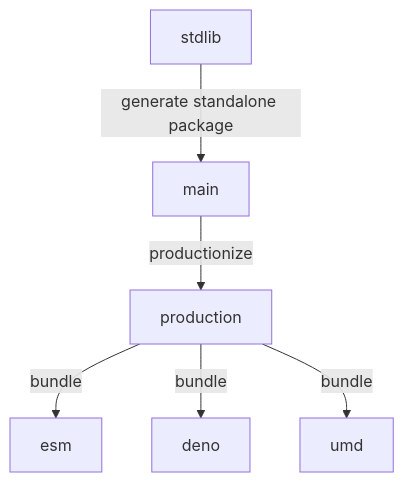
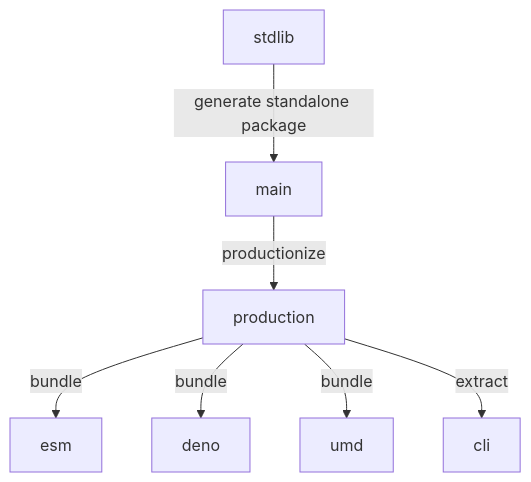
Before and after one commit to stdlib-js/time-seconds-in-month: the diagram in branches.md, drawn with Mermaid. The commit also changed other lines of this file and 8 other files, not shown here.

````diff
--- a/branches.md
+++ b/branches.md
@@ -33,15 +34,17 @@
 ```mermaid
 graph TD;
 A[stdlib]-->|generate standalone package|B;
 B[main] -->|productionize| C[production];
 C -->|bundle| D[esm];
 C -->|bundle| E[deno];
 C -->|bundle| F[umd];
+C -->|extract| G[cli];
 
-click A href "https://github.com/stdlib-js/stdlib/tree/develop/lib/node_modules/%40stdlib/time/seconds-in-month"
-click B href "https://github.com/stdlib-js/time-seconds-in-month/tree/main"
-click C href "https://github.com/stdlib-js/time-seconds-in-month/tree/production"
-click D href "https://github.com/stdlib-js/time-seconds-in-month/tree/esm"
-click E href "https://github.com/stdlib-js/time-seconds-in-month/tree/deno"
-click F href "https://github.com/stdlib-js/time-seconds-in-month/tree/umd"
+%% click A href "https://github.com/stdlib-js/stdlib/tree/develop/lib/node_modules/%40stdlib/time/seconds-in-month"
+%% click B href "https://github.com/stdlib-js/time-seconds-in-month/tree/main"
+%% click C href "https://github.com/stdlib-js/time-seconds-in-month/tree/production"
+%% click D href "https://github.com/stdlib-js/time-seconds-in-month/tree/esm"
+%% click E href "https://github.com/stdlib-js/time-seconds-in-month/tree/deno"
+%% click F href "https://github.com/stdlib-js/time-seconds-in-month/tree/umd"
+%% click G href "https://github.com/stdlib-js/time-seconds-in-month/tree/cli"
 ```
````
